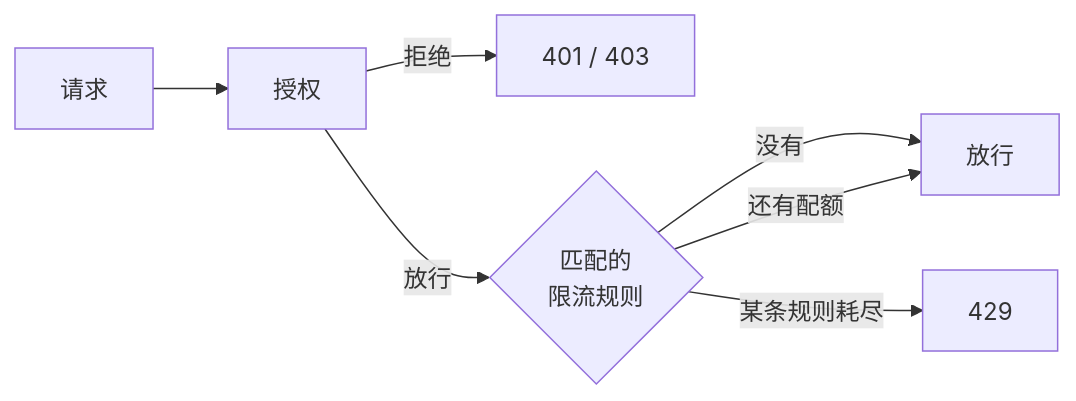
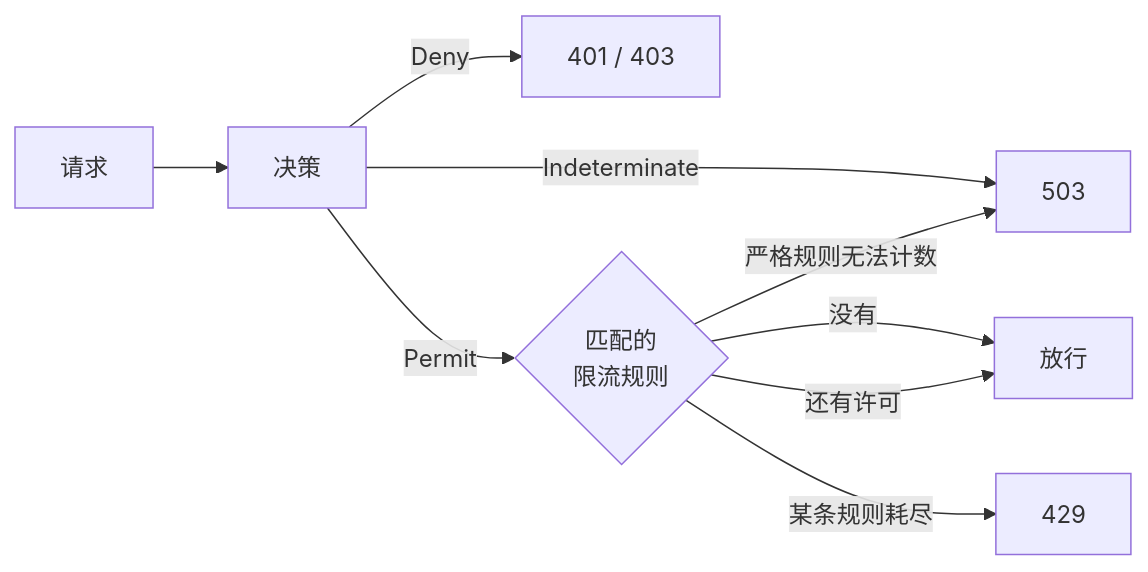
Before and after one commit to Ahoo-Wang/CoSec: the diagram in wiki/zh/policies/rate-limiting.md, drawn with Mermaid. The commit also changed other lines of this file and 54 other files, not shown here.

````diff
--- a/wiki/zh/policies/rate-limiting.md
+++ b/wiki/zh/policies/rate-limiting.md
@@ -13,9 +12,11 @@
 ```mermaid
 flowchart LR
-    A[请求] --> B[授权]
-    B -->|拒绝| D[401 / 403]
-    B -->|放行| C{匹配的<br>限流规则}
+    A[请求] --> B[决策]
+    B -->|Deny| D[401 / 403]
+    B -->|Indeterminate| U[503]
+    B -->|Permit| C{匹配的<br>限流规则}
     C -->|没有| E[放行]
-    C -->|还有配额| E
+    C -->|还有许可| E
     C -->|某条规则耗尽| F[429]
+    C -->|严格规则无法计数| U
 ```
````
